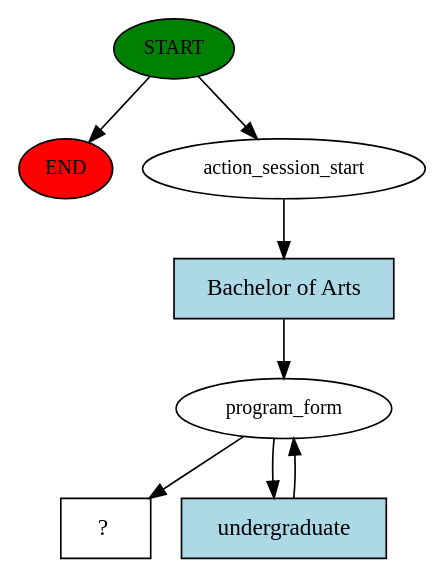
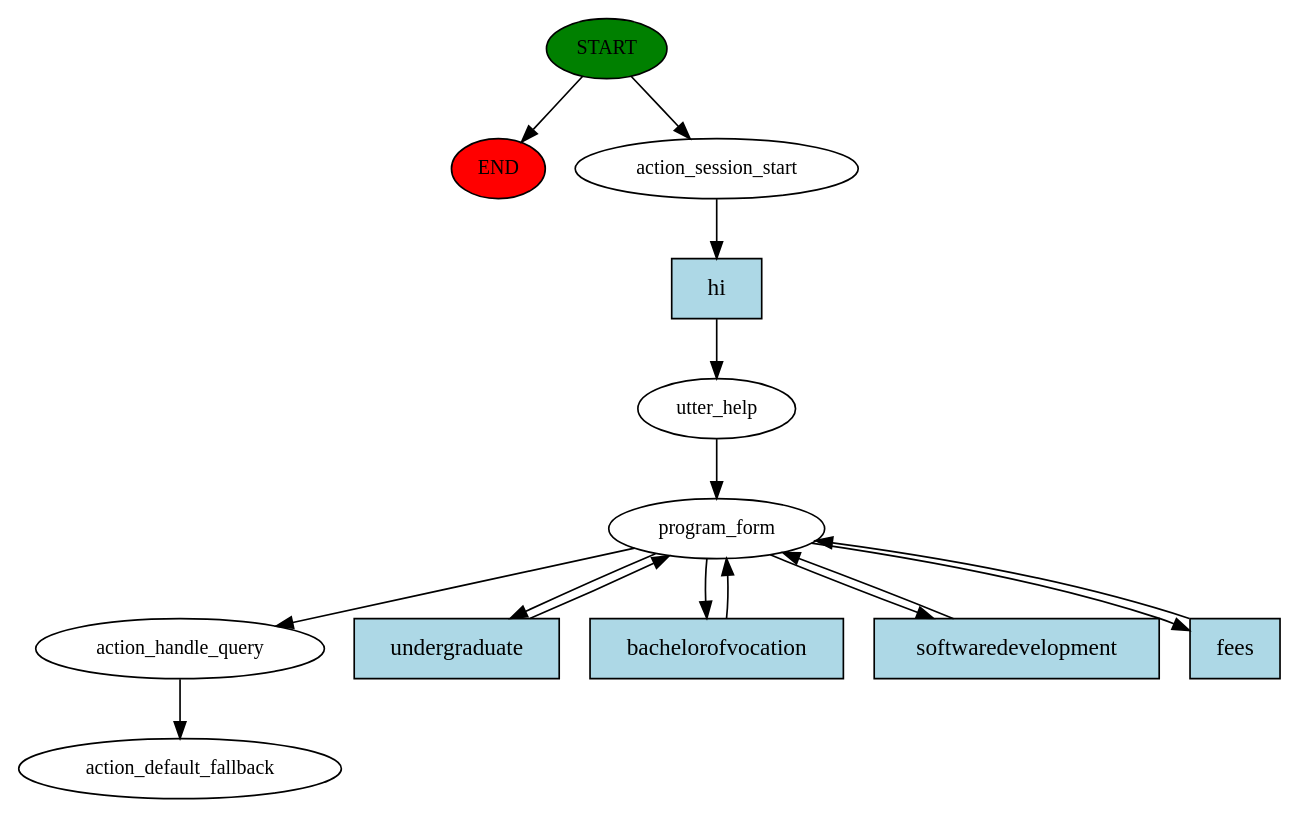
The diagram in story_graph.dot (sanleesa/rasa-chatbot), drawn with Graphviz before and after one commit. The commit also changed 2 other files, not shown here.

```diff
--- a/story_graph.dot
+++ b/story_graph.dot
@@ -1,16 +1,29 @@
 digraph  {
 0 [class="start active", fillcolor=green, fontsize=12, label=START, style=filled];
 "-1" [class=end, fillcolor=red, fontsize=12, label=END, style=filled];
 1 [class=active, fontsize=12, label=action_session_start];
-2 [class=active, fontsize=12, label=program_form];
-4 [class="intent dashed active", label="  ?  ", shape=rect];
-5 [class="intent active", fillcolor=lightblue, label="Bachelor of Arts", shape=rect, style=filled];
-6 [class="intent active", fillcolor=lightblue, label=undergraduate, shape=rect, style=filled];
+2 [class=active, fontsize=12, label=utter_help];
+3 [class=active, fontsize=12, label=program_form];
+8 [class=active, fontsize=12, label=action_handle_query];
+9 [class="dashed active", fontsize=12, label=action_default_fallback];
+10 [class="intent active", fillcolor=lightblue, label=hi, shape=rect, style=filled];
+11 [class="intent active", fillcolor=lightblue, label=undergraduate, shape=rect, style=filled];
+12 [class="intent active", fillcolor=lightblue, label=bachelorofvocation, shape=rect, style=filled];
+13 [class="intent active", fillcolor=lightblue, label=softwaredevelopment, shape=rect, style=filled];
+14 [class="intent active", fillcolor=lightblue, label=fees, shape=rect, style=filled];
 0 -> "-1"  [class="", key=NONE, label=""];
 0 -> 1  [class=active, key=NONE, label=""];
-1 -> 5  [class=active, key=0];
-2 -> 4  [class=active, key=NONE, label=""];
-2 -> 6  [class=active, key=0];
-5 -> 2  [class=active, key=0];
-6 -> 2  [class=active, key=0];
+1 -> 10  [class=active, key=0];
+2 -> 3  [class=active, key=NONE, label=""];
+3 -> 8  [class=active, key=NONE, label=""];
+3 -> 11  [class=active, key=0];
+3 -> 12  [class=active, key=0];
+3 -> 13  [class=active, key=0];
+3 -> 14  [class=active, key=0];
+8 -> 9  [class=active, key=NONE, label=""];
+10 -> 2  [class=active, key=0];
+11 -> 3  [class=active, key=0];
+12 -> 3  [class=active, key=0];
+13 -> 3  [class=active, key=0];
+14 -> 3  [class=active, key=0];
 }
```
